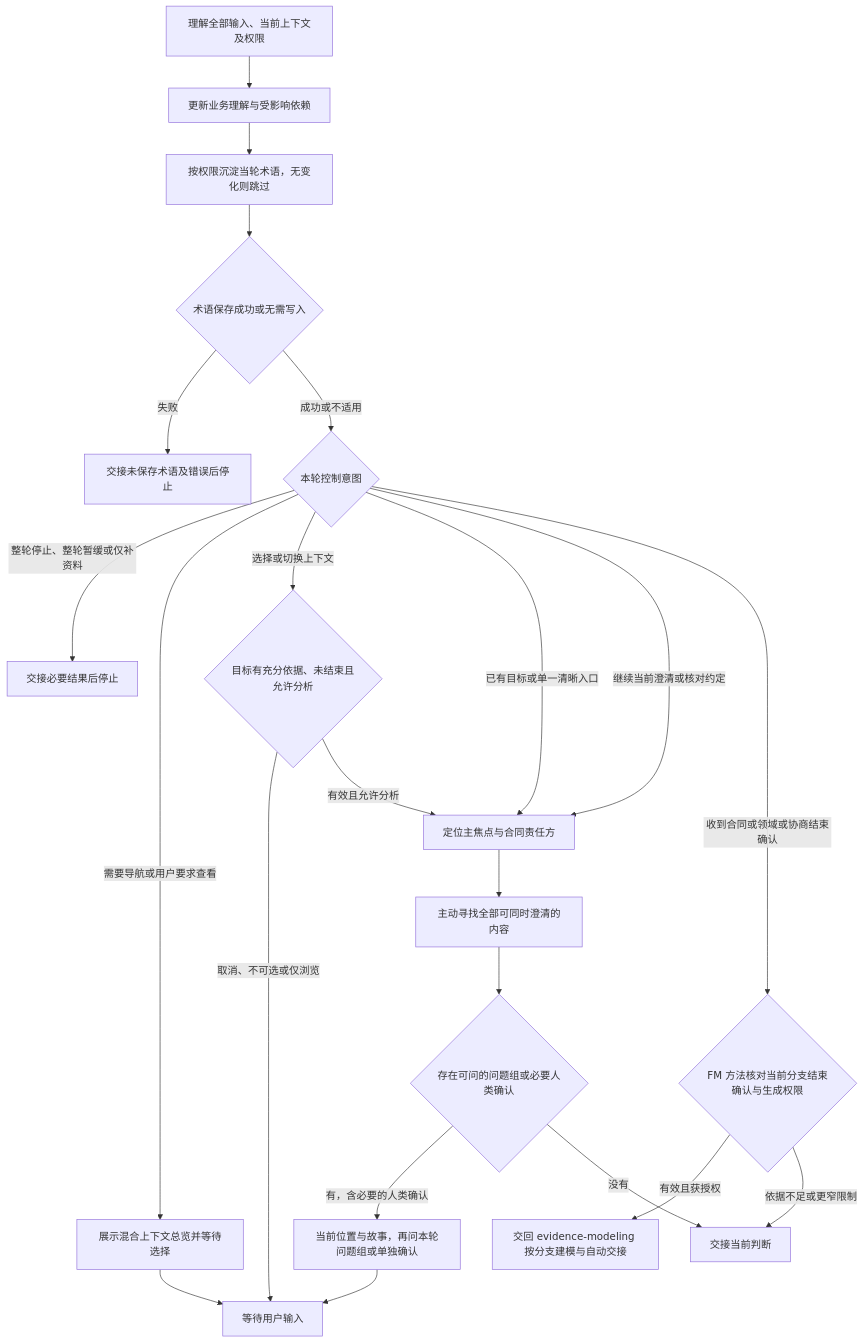
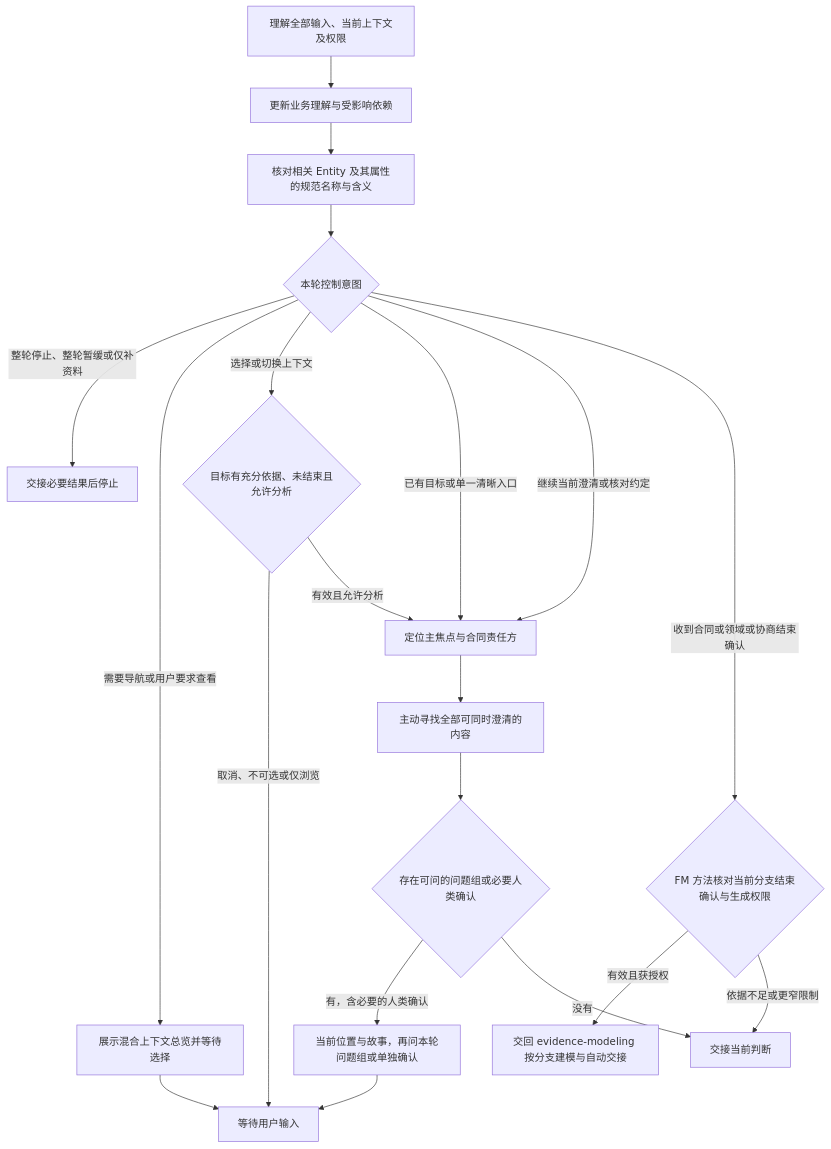
One commit to JayClock/Evidence-Framework changed the diagram in .agents/skills/evidence-discovery/references/interview.md. Above: the diagram before and after it, drawn with Mermaid. The commit also changed other lines of this file and 65 other files, not shown here.

First line of the commit message:
refactor(fm)!: replace glossary with entity-owned language

````diff
--- a/.agents/skills/evidence-discovery/references/interview.md
+++ b/.agents/skills/evidence-discovery/references/interview.md
@@ -9,41 +9,37 @@
 ```mermaid
 flowchart TD
     input[理解全部输入、当前上下文及权限]
     understanding[更新业务理解与受影响依赖]
-    language[按权限沉淀当轮术语，无变化则跳过]
-    languageSaved{术语保存成功或无需写入}
+    language[核对相关 Entity 及其属性的规范名称与含义]
     control{本轮控制意图}
     closure{FM 方法核对当前分支结束确认与生成权限}
     batch[交回 evidence-modeling 按分支建模与自动交接]
     navigation[展示混合上下文总览并等待选择]
     selection{目标有充分依据、未结束且允许分析}
     focus[定位主焦点与合同责任方]
     group[主动寻找全部可同时澄清的内容]
     needed{存在可问的问题组或必要人类确认}
     question[当前位置与故事，再问本轮问题组或单独确认]
-    failed[交接未保存术语及错误后停止]
     stop[交接必要结果后停止]
     handoff[交接当前判断]
     wait[等待用户输入]
     input --> understanding
     understanding --> language
-    language --> languageSaved
-    languageSaved -->|失败| failed
-    languageSaved -->|成功或不适用| control
+    language --> control
     control -->|整轮停止、整轮暂缓或仅补资料| stop
     control -->|需要导航或用户要求查看| navigation
     control -->|选择或切换上下文| selection
     control -->|已有目标或单一清晰入口| focus
     control -->|继续当前澄清或核对约定| focus
     control -->|收到合同或领域或协商结束确认| closure
     closure -->|有效且获授权| batch
     closure -->|依据不足或更窄限制| handoff
     navigation --> wait
     selection -->|取消、不可选或仅浏览| wait
     selection -->|有效且允许分析| focus
     focus --> group
     group --> needed
     needed -->|有，含必要的人类确认| question
     needed -->|没有| handoff
     question --> wait
 ```
````
